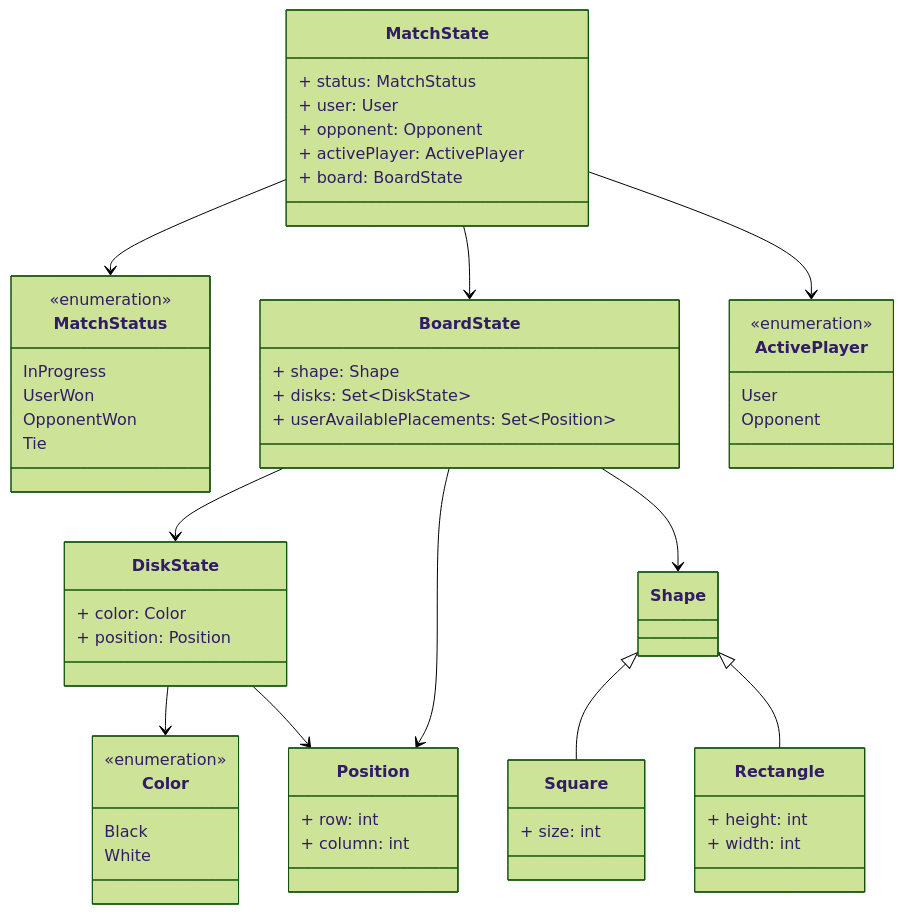
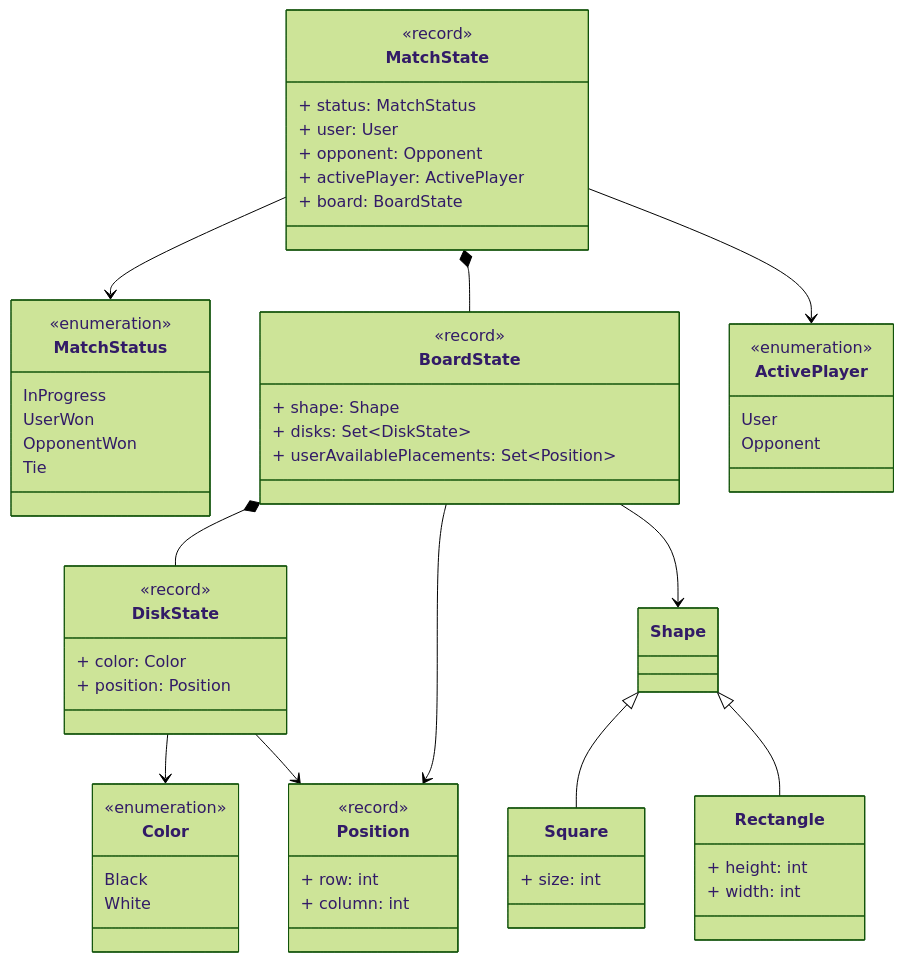
Before and after one commit to Borgotto/PPS-25-scalatello: the second of 13 diagrams in docs/report/4-detailed-design.md, drawn with Mermaid (forest theme). The commit also changed other lines of this file and 1 other file, not shown here.

Commit message:
add improvements to diagrams, add view diagram

````diff
--- a/docs/report/4-detailed-design.md
+++ b/docs/report/4-detailed-design.md
@@ -69,59 +69,63 @@
 ```mermaid
 classDiagram
     class MatchState {
+      <<record>>
       + status: MatchStatus
       + user: User
       + opponent: Opponent
       + activePlayer: ActivePlayer
       + board: BoardState
     }
     class MatchStatus {
       <<enumeration>>
       InProgress
       UserWon
       OpponentWon
       Tie
     }
     class BoardState {
+      <<record>>
       + shape: Shape
       + disks: Set~DiskState~
       + userAvailablePlacements: Set~Position~
     }
     class Shape
     class Square {
       + size: int
     }
     class Rectangle {
       + height: int
       + width: int
     }
     class DiskState {
+      <<record>>
       + color: Color
       + position: Position
     }
     class Color {
       <<enumeration>>
       Black
       White
     }
     class Position {
+      <<record>>
       + row: int
       + column: int
     }
     class ActivePlayer {
       <<enumeration>>
       User
       Opponent
     }
 
-    MatchState --> BoardState
+    MatchState *-- BoardState
     MatchState --> MatchStatus
-    BoardState --> DiskState
+    BoardState *-- DiskState
     Shape <|-- Square
     Shape <|-- Rectangle
     BoardState --> Shape
     DiskState --> Color
     DiskState --> Position
     BoardState --> Position
     MatchState --> ActivePlayer
 ```
````
